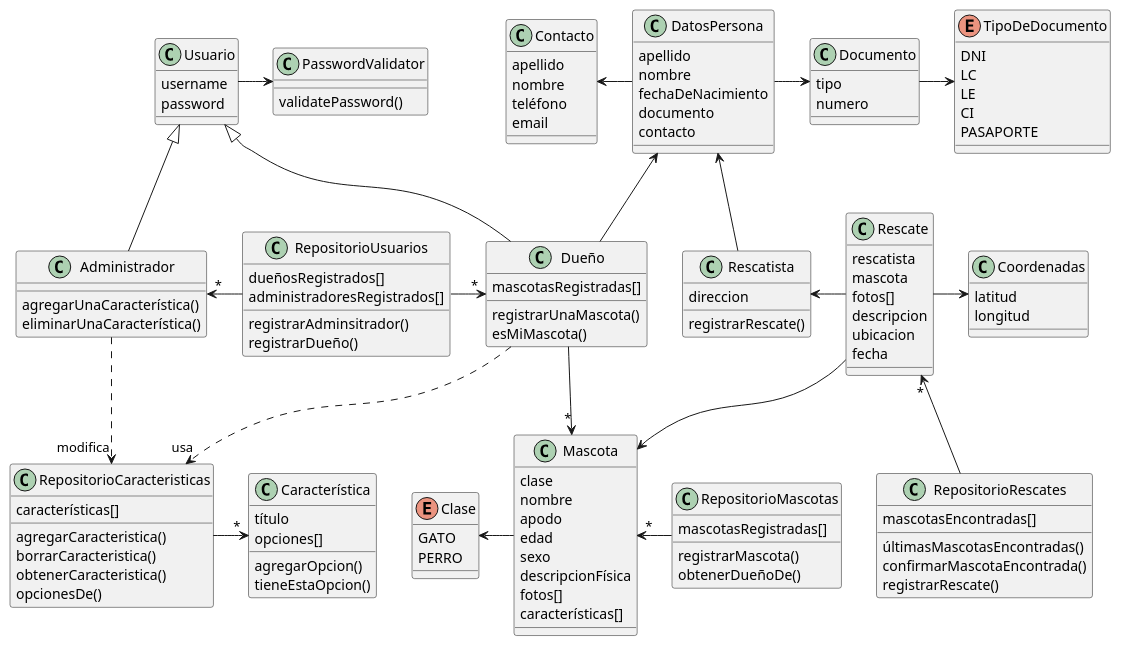
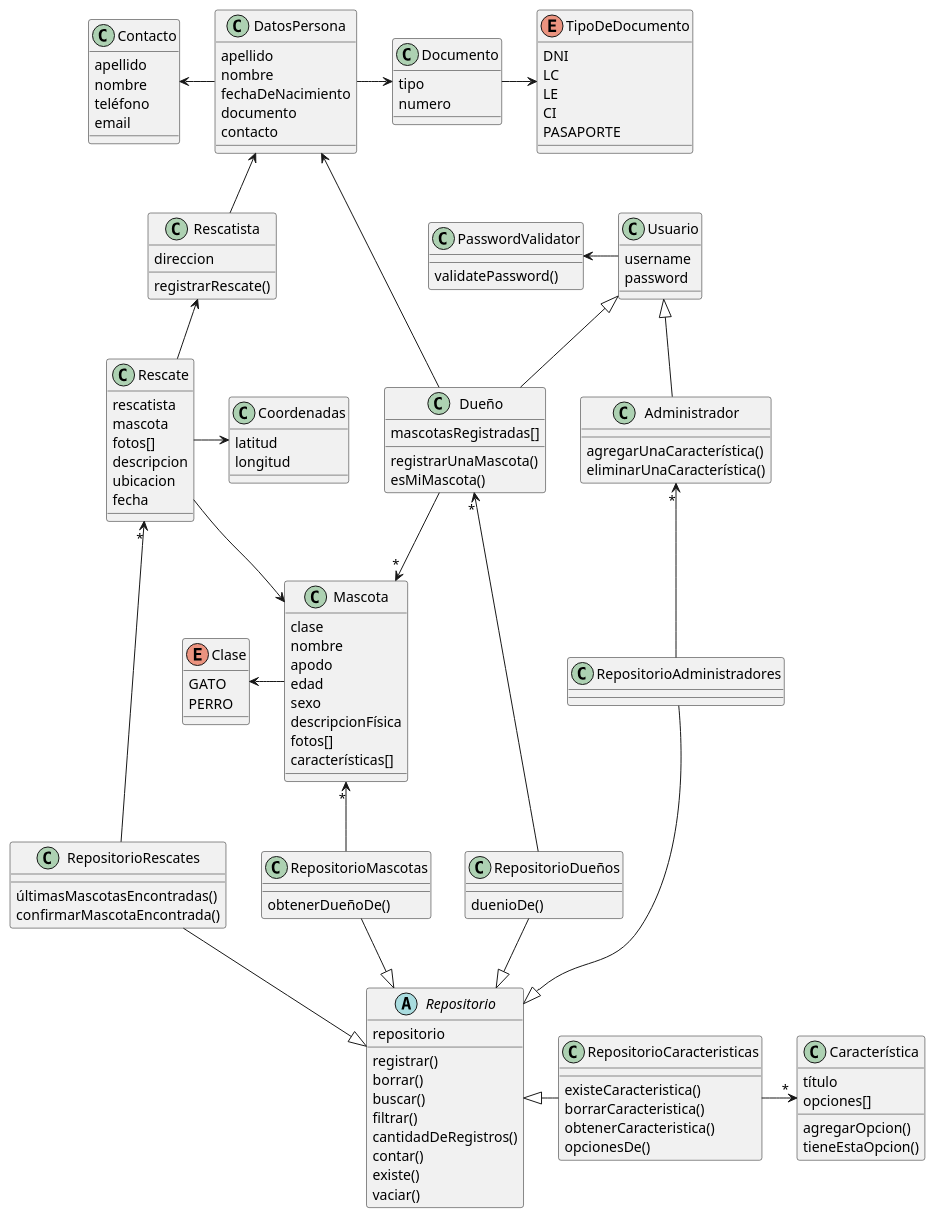
One commit to aleeherasimiuk/RescateDePatitas changed the diagram in diagramaDeClases.plantuml. Above: the diagram before and after it, drawn with PlantUML.

Commit message:
Actualizo diagrama de clases

```diff
--- a/diagramaDeClases.plantuml
+++ b/diagramaDeClases.plantuml
@@ -1,143 +1,158 @@
 @startuml RescateDePatitas
 
 class Contacto{
   apellido
   nombre
   teléfono
   email
 }
 
 class Mascota{
   clase
   nombre
   apodo
   edad
   sexo
   descripcionFísica
   fotos[]
   características[]
 }
 
 enum Clase{
   GATO
   PERRO
 }
 
 class Documento{
   tipo
   numero
 }
 
 enum TipoDeDocumento{
   DNI
   LC /' Libreta Cívica '/
   LE /' Libreta de Enrolamiento '/
   CI /' Cédula de Identidad '/
   PASAPORTE
 }
 
 class Rescate{
   rescatista
   mascota
   fotos[]
   descripcion
   ubicacion
   fecha
 }
 
 class Coordenadas{
   latitud
   longitud
 }
 
 class Usuario{
   username
   password
 }
 
 class Administrador{
   agregarUnaCaracterística()
   eliminarUnaCaracterística()
 
 }
 
 class Dueño{
   mascotasRegistradas[]
   registrarUnaMascota()
   esMiMascota()
 }
 
-class RepositorioUsuarios{
-  dueñosRegistrados[]
-  administradoresRegistrados[]
-  registrarAdminsitrador()
-  registrarDueño()
+abstract class Repositorio {
+  repositorio
+  registrar()
+  borrar()
+  buscar()
+  filtrar()
+  cantidadDeRegistros()
+  contar()
+  existe()
+  vaciar()
+  
 }
 
+class RepositorioDueños{
+  duenioDe()
+}
+
+
 class RepositorioMascotas{
-  mascotasRegistradas[]
-  registrarMascota()
   obtenerDueñoDe()
 }
 
+
 class RepositorioRescates{
-  mascotasEncontradas[]
   últimasMascotasEncontradas()
   confirmarMascotaEncontrada()
-  registrarRescate()
 }
 
 class Característica{
   título
   opciones[]
   agregarOpcion()
   tieneEstaOpcion()
 }
 
 class RepositorioCaracteristicas{
-  características[]
-  agregarCaracteristica()
+  existeCaracteristica()
   borrarCaracteristica()
   obtenerCaracteristica()
   opcionesDe()
 }
 
 class PasswordValidator{
   validatePassword()
 }
 
 class Rescatista{
   direccion
   registrarRescate()
 }
 
 class DatosPersona{
   apellido
   nombre
   fechaDeNacimiento
   documento
   contacto
 }
 
+
+class RepositorioAdministradores{
+
+}
+
 Dueño -u-> DatosPersona
 Rescatista -u-> DatosPersona
 DatosPersona -r-> Documento
 DatosPersona -l-> Contacto
-Rescate -l-> Rescatista
-Usuario -> PasswordValidator
+Rescate -u-> Rescatista
+Usuario -l-> PasswordValidator
 Dueño -u-|> Usuario
 Rescate -d-> Mascota
-RepositorioMascotas -l-> "*" Mascota
-RepositorioRescates -u-> "*" Rescate
-RepositorioUsuarios -l-> "*" Administrador
-RepositorioUsuarios -r-> "*" Dueño
 Documento -r-> TipoDeDocumento
 Mascota -l-> Clase
 Dueño -d->"*" Mascota
 Administrador -u-|> Usuario
 Rescate -> Coordenadas
+RepositorioMascotas -u-> "*" Mascota
+RepositorioRescates -u-> "*" Rescate
+RepositorioDueños -u-> "*" Dueño
+RepositorioAdministradores -u-> "*" Administrador
 RepositorioCaracteristicas ->"*" Característica
-Dueño ..>"usa" RepositorioCaracteristicas
-Administrador ..>"modifica" RepositorioCaracteristicas
+RepositorioMascotas -d-|> Repositorio
+RepositorioRescates -d-|> Repositorio
+RepositorioCaracteristicas -l-|> Repositorio
+RepositorioAdministradores -d--|> Repositorio
+RepositorioDueños -d-|> Repositorio
 
 @enduml
```
